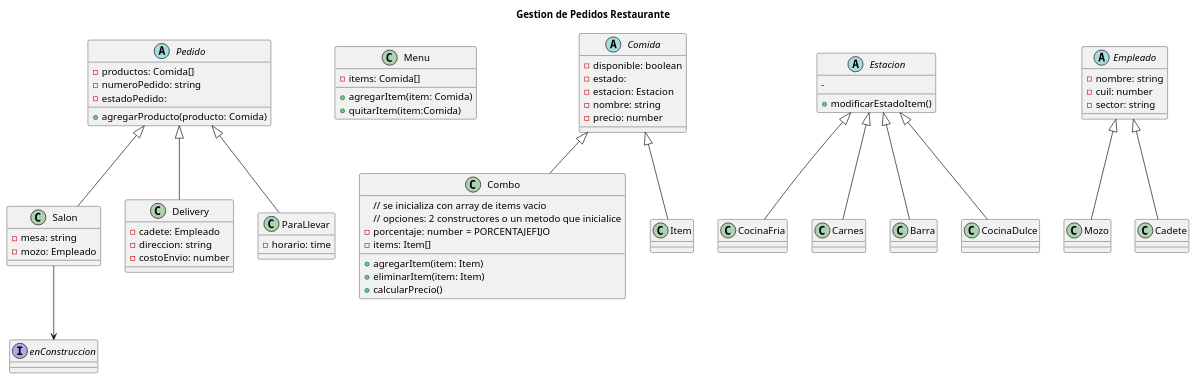
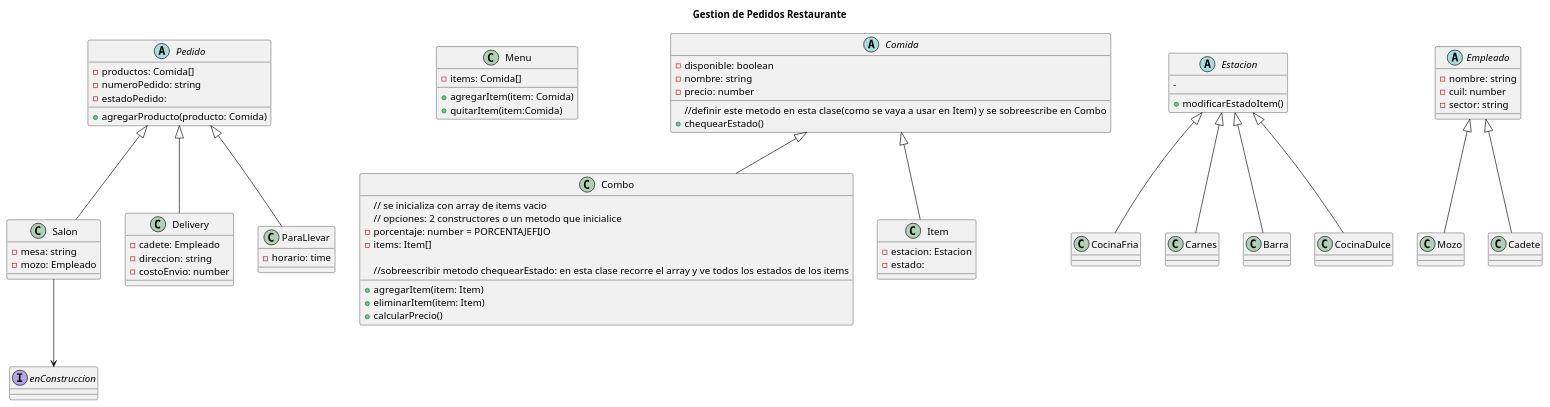
One commit to FedericoGonzalez1988/tp_prog2_grupo8 changed the diagram in diagrams/clases.puml. Above: the diagram before and after it, drawn with PlantUML.

Commit message:
modificamos clase Comida

```diff
--- a/diagrams/clases.puml
+++ b/diagrams/clases.puml
@@ -1,103 +1,105 @@
 @startuml Gestion de Pedidos Restaurante
 
 title Gestion de Pedidos Restaurante
 
 abstract class Pedido {
 
 
     -productos: Comida[]
     -numeroPedido: string
     -estadoPedido: 
 
     +agregarProducto(producto: Comida)
 
 }
 
 class Salon extends Pedido{
     -mesa: string
     -mozo: Empleado
 }
 
 class Delivery extends Pedido{
     -cadete: Empleado
     -direccion: string
     -costoEnvio: number
 }
 
 class ParaLlevar extends Pedido{
 
     -horario: time
 
 }
 
 class Menu {
 
     -items: Comida[]
     +agregarItem(item: Comida)
     +quitarItem(item:Comida)
 
 }
 abstract class Comida {
     -disponible: boolean
-    -estado: 
-    -estacion: Estacion
     -nombre: string
     -precio: number
-
+    //definir este metodo en esta clase(como se vaya a usar en Item) y se sobreescribe en Combo
+    +chequearEstado()
 
 }
 class Combo extends Comida {
 
   // se inicializa con array de items vacio 
   // opciones: 2 constructores o un metodo que inicialice
     -porcentaje: number = PORCENTAJEFIJO
     -items: Item[]
 
+    //sobreescribir metodo chequearEstado: en esta clase recorre el array y ve todos los estados de los items
     +agregarItem(item: Item)
     +eliminarItem(item: Item)
     +calcularPrecio()
 }
 
 class Item extends Comida{
-    
+    -estacion: Estacion
+    -estado: 
+
 }
 
 
 abstract class Estacion {
     -
     +modificarEstadoItem()
 }
 class CocinaFria extends Estacion{
 
 }
 
 class Carnes extends Estacion{
 
 }
 class Barra extends Estacion{
 
 }
 class CocinaDulce extends Estacion{
 
 }
 
 interface enConstruccion {
 
 }
 
 abstract class Empleado {
     - nombre: string
     - cuil: number
     - sector: string
 }
 
 class Mozo extends Empleado {
     
 }
 class Cadete extends Empleado {
     
 }
 
 Salon --> enConstruccion
 
 @enduml
```
